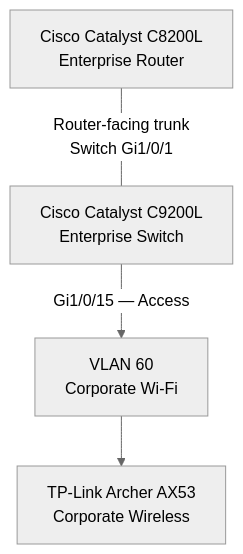
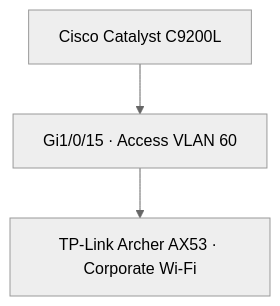
Before and after one commit to kayo-willian/enterprise-noc-from-scratch: the diagram in docs/networking/corporate-wifi-vlan60.md, drawn with Mermaid (neutral theme). The commit also changed other lines of this file and 15 other files, not shown here.

Commit message:
docs: consolidate network architecture and equipment records

````diff
--- a/docs/networking/corporate-wifi-vlan60.md
+++ b/docs/networking/corporate-wifi-vlan60.md
@@ -107,11 +24,7 @@
 ```mermaid
 flowchart TB
-    R["Cisco Catalyst C8200L<br/>Enterprise Router"]
-    SW["Cisco Catalyst C9200L<br/>Enterprise Switch"]
-    V60["VLAN 60<br/>Corporate Wi-Fi"]
-    AX53["TP-Link Archer AX53<br/>Corporate Wireless"]
-
-    R ---|"Router-facing trunk<br/>Switch Gi1/0/1"| SW
-    SW -->|"Gi1/0/15 — Access"| V60
-    V60 --> AX53
+    SW["Cisco Catalyst C9200L"]
+    V["Gi1/0/15 · Access VLAN 60"]
+    AX["TP-Link Archer AX53 · Corporate Wi-Fi"]
+    SW --> V --> AX
 ```
````
